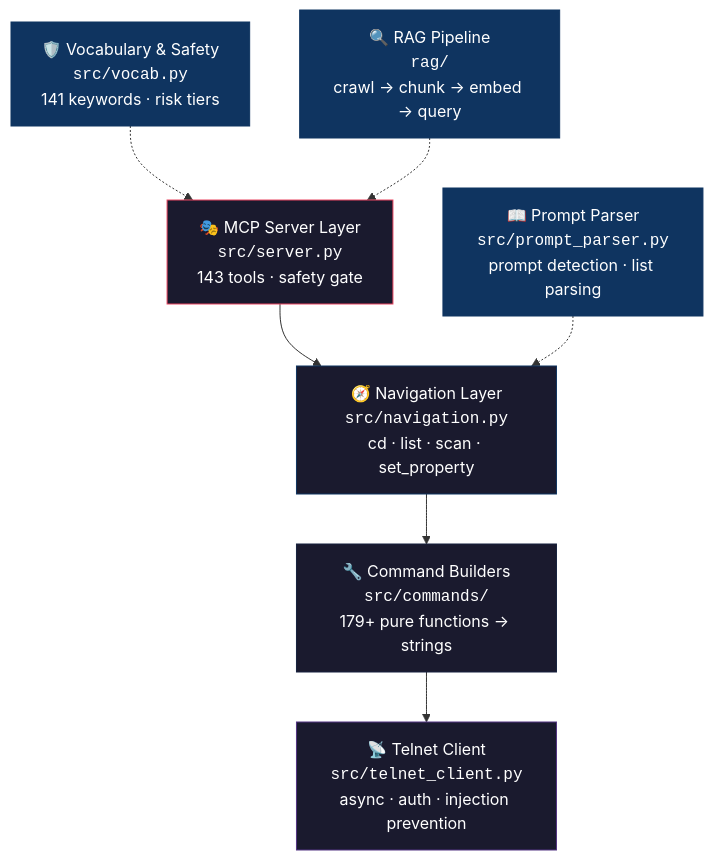
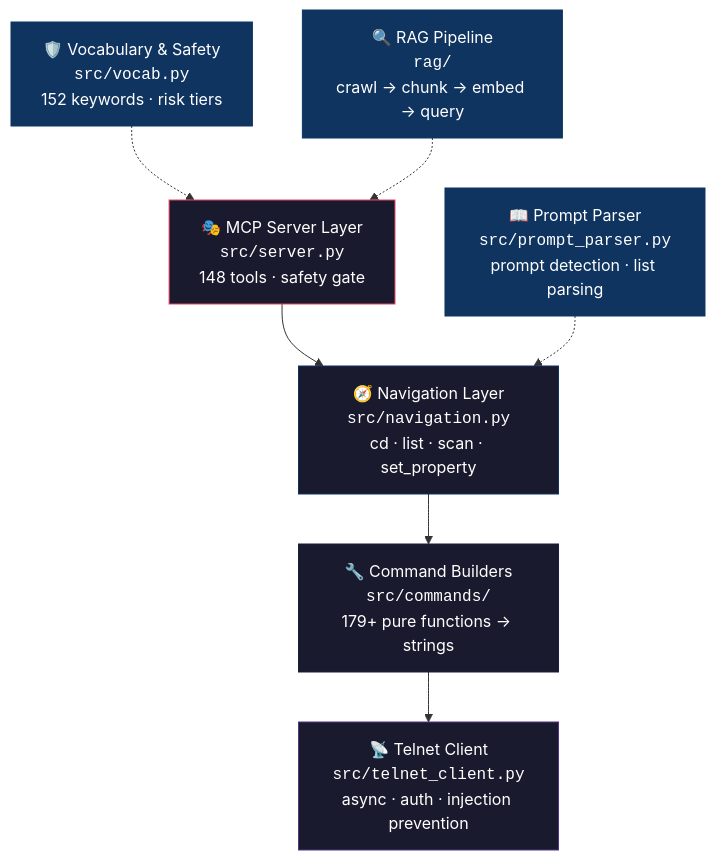
Before and after one commit to thisis-romar/ma2-onPC-MCP: the first of 3 diagrams in README.md, drawn with Mermaid. The commit also changed other lines of this file and 4 other files, not shown here.

````diff
--- a/README.md
+++ b/README.md
@@ -55,19 +55,19 @@
 ```mermaid
 graph TD
-    A["🎭 MCP Server Layer<br/><code>src/server.py</code><br/>143 tools · safety gate"] --> B
+    A["🎭 MCP Server Layer<br/><code>src/server.py</code><br/>148 tools · safety gate"] --> B
     B["🧭 Navigation Layer<br/><code>src/navigation.py</code><br/>cd · list · scan · set_property"] --> C
     C["🔧 Command Builders<br/><code>src/commands/</code><br/>179+ pure functions → strings"] --> D
     D["📡 Telnet Client<br/><code>src/telnet_client.py</code><br/>async · auth · injection prevention"]
 
     E["📖 Prompt Parser<br/><code>src/prompt_parser.py</code><br/>prompt detection · list parsing"] -.-> B
-    F["🛡️ Vocabulary & Safety<br/><code>src/vocab.py</code><br/>141 keywords · risk tiers"] -.-> A
+    F["🛡️ Vocabulary & Safety<br/><code>src/vocab.py</code><br/>152 keywords · risk tiers"] -.-> A
     G["🔍 RAG Pipeline<br/><code>rag/</code><br/>crawl → chunk → embed → query"] -.-> A
 
     style A fill:#1a1a2e,stroke:#e94560,color:#fff
     style B fill:#1a1a2e,stroke:#0f3460,color:#fff
     style C fill:#1a1a2e,stroke:#16213e,color:#fff
     style D fill:#1a1a2e,stroke:#533483,color:#fff
     style E fill:#0f3460,stroke:#0f3460,color:#fff
     style F fill:#0f3460,stroke:#0f3460,color:#fff
     style G fill:#0f3460,stroke:#0f3460,color:#fff
 ```
````
